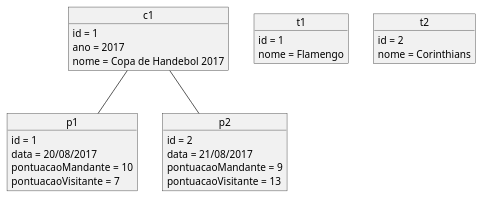
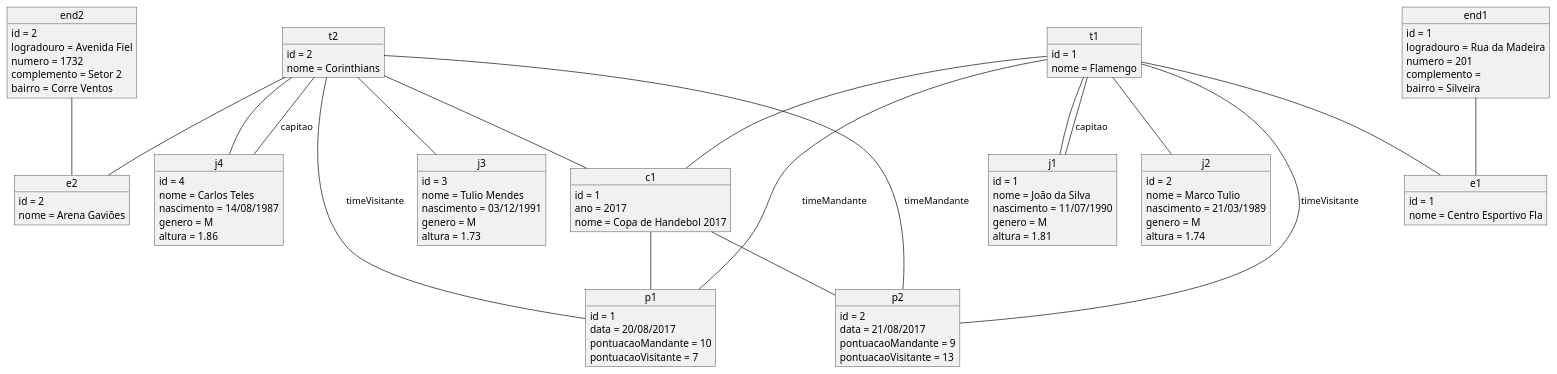
One commit to clawbert/cursomc changed the diagram in src/main/java/com/nelioalves/cursomc/diagramasUML/03-E02-objeto.puml. Above: the diagram before and after it, drawn with PlantUML. The commit also changed 6 other files, not shown here.

Commit message:
Exercicios de diagramas de classe

```diff
--- a/src/main/java/com/nelioalves/cursomc/diagramasUML/03-E02-objeto.puml
+++ b/src/main/java/com/nelioalves/cursomc/diagramasUML/03-E02-objeto.puml
@@ -1,37 +1,111 @@
 @startuml
 'https://plantuml.com/object-diagram
 
 object c1 {
 	id = 1
 	ano = 2017
 	nome = Copa de Handebol 2017
 }
 
 object p1 {
 	id = 1
     data = 20/08/2017
     pontuacaoMandante = 10
     pontuacaoVisitante = 7
 }
 
 object p2 {
 	id = 2
     data = 21/08/2017
     pontuacaoMandante = 9
     pontuacaoVisitante = 13
 }
 
 object t1 {
 	id = 1
 	nome = Flamengo
 }
 
 object t2 {
 	id = 2
 	nome = Corinthians
 }
 
+object j1 {
+	id = 1
+	nome = João da Silva
+	nascimento = 11/07/1990
+	genero = M
+	altura = 1.81
+}
+
+object j2 {
+	id = 2
+	nome = Marco Tulio
+	nascimento = 21/03/1989
+	genero = M
+	altura = 1.74
+}
+
+object j3 {
+	id = 3
+	nome = Tulio Mendes
+	nascimento = 03/12/1991
+	genero = M
+	altura = 1.73
+}
+
+object j4 {
+	id = 4
+	nome = Carlos Teles
+	nascimento = 14/08/1987
+	genero = M
+	altura = 1.86
+}
+
+object e1 {
+	id = 1
+	nome = Centro Esportivo Fla
+}
+
+object e2 {
+	id = 2
+	nome = Arena Gaviões
+}
+
+object end1 {
+	id = 1
+	logradouro = Rua da Madeira
+	numero = 201
+	complemento =
+	bairro = Silveira
+}
+
+object end2 {
+	id = 2
+	logradouro = Avenida Fiel
+	numero = 1732
+	complemento = Setor 2
+	bairro = Corre Ventos
+}
+
 c1 -- p1
 c1 -- p2
+t2 -- j3
+t2 -- j4
+t2 -- j4 : capitao
+t1 -- j1
+t1 -- j1 : capitao
+t1 -- j2
+t1 -- p1 : timeMandante
+t2 -- p1 : timeVisitante
+t1 -- p2 : timeVisitante
+t2 -- p2 : timeMandante
+t1 -- c1
+t2 -- c1
+end1 -- e1
+t1 -- e1
+t2 -- e2
+end2 -- e2
 
 @enduml
```
